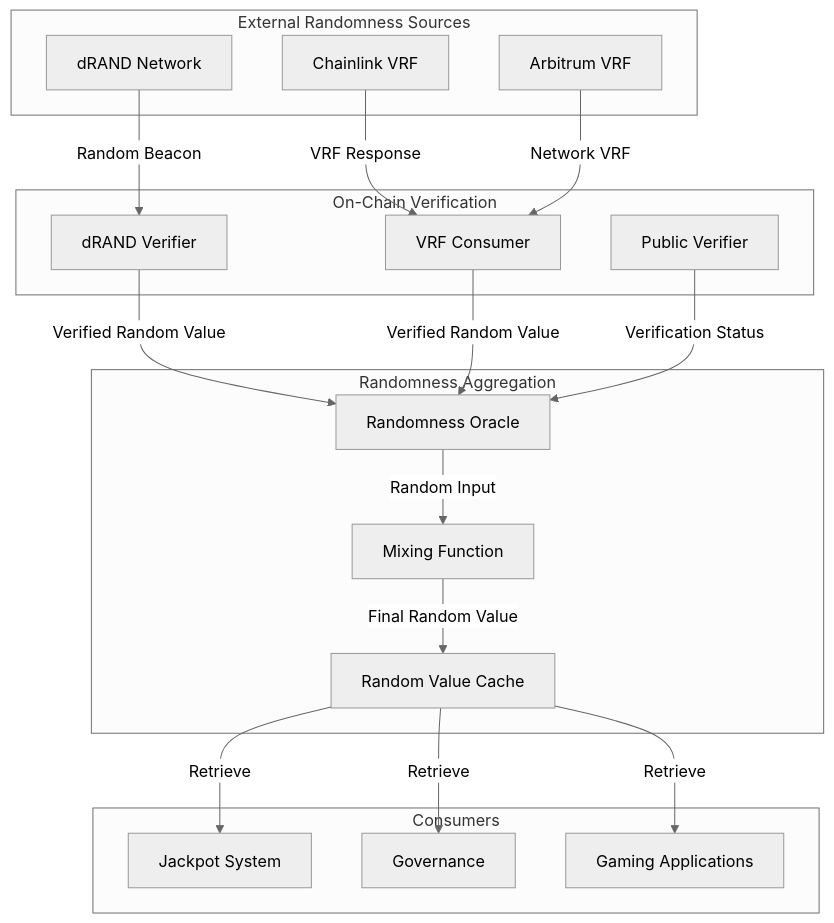
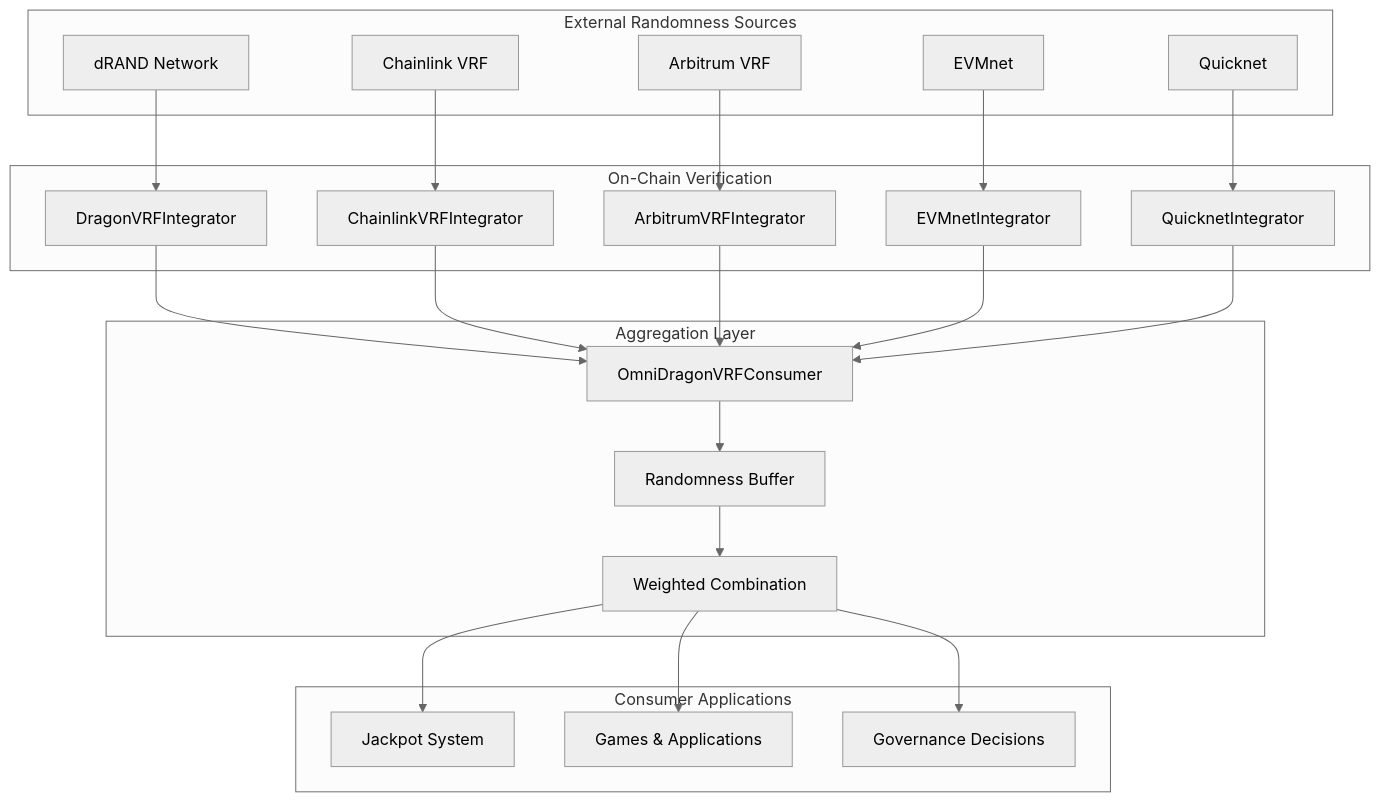
The first of 3 diagrams in docs/concepts/randomness.md (wenakita/sonicreddragon-docs), drawn with Mermaid (neutral theme) before and after one commit. The commit also changed other lines of this file and 46 other files, not shown here.

Commit message:
Fix mermaid diagram rendering issues and animation components

````diff
--- a/docs/concepts/randomness.md
+++ b/docs/concepts/randomness.md
@@ -15,43 +17,50 @@
 ```mermaid
 flowchart TB
     subgraph "External Randomness Sources"
         drand["dRAND Network"]
         chainlink["Chainlink VRF"]
         arbitrum["Arbitrum VRF"]
+        evmnet["EVMnet"]
+        quicknet["Quicknet"]
     end
     
     subgraph "On-Chain Verification"
-        DrandVerifier["dRAND Verifier"]
-        VRFConsumer["VRF Consumer"]
-        PublicVerifier["Public Verifier"]
+        drandIntegrator["DragonVRFIntegrator"]
+        chainlinkIntegrator["ChainlinkVRFIntegrator"]
+        arbitrumIntegrator["ArbitrumVRFIntegrator"]
+        evmnetIntegrator["EVMnetIntegrator"]
+        quicknetIntegrator["QuicknetIntegrator"]
     end
     
-    subgraph "Randomness Aggregation"
-        RandomnessOracle["Randomness Oracle"]
-        MixingFunction["Mixing Function"]
-        Cache["Random Value Cache"]
+    subgraph "Aggregation Layer"
+        omniConsumer["OmniDragonVRFConsumer"]
+        randomBuffer["Randomness Buffer"]
+        weighted["Weighted Combination"]
     end
     
-    subgraph "Consumers"
-        JackpotSystem["Jackpot System"]
-        Governance["Governance"]
-        GamingApplications["Gaming Applications"]
+    subgraph "Consumer Applications"
+        jackpotSystem["Jackpot System"]
+        games["Games & Applications"]
+        governance["Governance Decisions"]
     end
     
-    drand -->|"Random Beacon"| DrandVerifier
-    chainlink -->|"VRF Response"| VRFConsumer
-    arbitrum -->|"Network VRF"| VRFConsumer
+    drand --> drandIntegrator
+    chainlink --> chainlinkIntegrator
+    arbitrum --> arbitrumIntegrator
+    evmnet --> evmnetIntegrator
+    quicknet --> quicknetIntegrator
     
-    DrandVerifier -->|"Verified Random Value"| RandomnessOracle
-    VRFConsumer -->|"Verified Random Value"| RandomnessOracle
-    PublicVerifier -->|"Verification Status"| RandomnessOracle
+    drandIntegrator --> omniConsumer
+    chainlinkIntegrator --> omniConsumer
+    arbitrumIntegrator --> omniConsumer
+    evmnetIntegrator --> omniConsumer
+    quicknetIntegrator --> omniConsumer
     
-    RandomnessOracle -->|"Random Input"| MixingFunction
-    MixingFunction -->|"Final Random Value"| Cache
+    omniConsumer --> randomBuffer
+    randomBuffer --> weighted
+    weighted --> jackpotSystem
+    weighted --> games
+    weighted --> governance
     
-    Cache -->|"Retrieve"| JackpotSystem
-    Cache -->|"Retrieve"| Governance
-    Cache -->|"Retrieve"| GamingApplications
-    
-    class RandomnessOracle,JackpotSystem,DrandVerifier highlight
+    class omniConsumer,randomBuffer,weighted highlight
 ```
````
